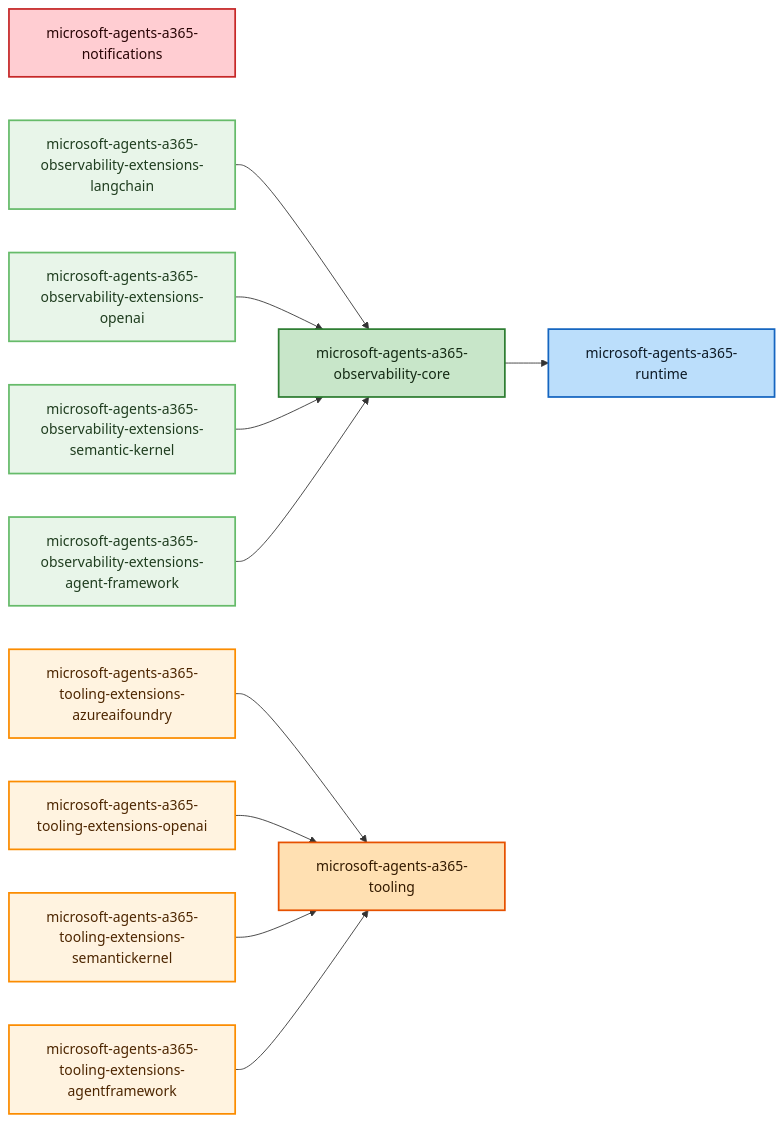
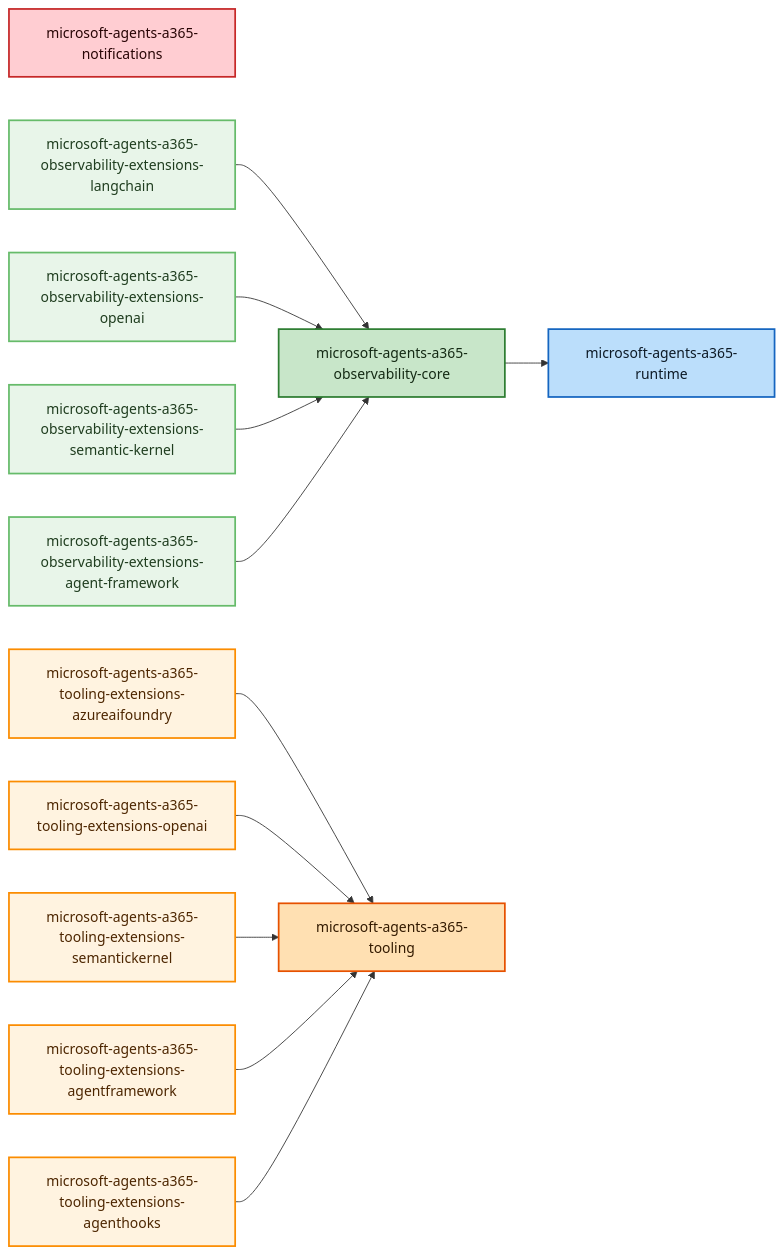
The diagram in DEPENDENCIES.md (microsoft/Agent365-python), drawn with Mermaid before and after one commit. The commit also changed 33 other files, not shown here.

````diff
--- a/DEPENDENCIES.md
+++ b/DEPENDENCIES.md
@@ -5,41 +5,43 @@
 ```mermaid
 graph LR
     %% Package Nodes
     microsoft_agents_a365_notifications["microsoft-agents-a365-notifications"]
     microsoft_agents_a365_observability_core["microsoft-agents-a365-observability-core"]
     microsoft_agents_a365_observability_extensions_langchain["microsoft-agents-a365-observability-extensions-langchain"]
     microsoft_agents_a365_observability_extensions_openai["microsoft-agents-a365-observability-extensions-openai"]
     microsoft_agents_a365_observability_extensions_semantic_kernel["microsoft-agents-a365-observability-extensions-semantic-kernel"]
     microsoft_agents_a365_observability_extensions_agent_framework["microsoft-agents-a365-observability-extensions-agent-framework"]
     microsoft_agents_a365_runtime["microsoft-agents-a365-runtime"]
     microsoft_agents_a365_tooling["microsoft-agents-a365-tooling"]
     microsoft_agents_a365_tooling_extensions_azureaifoundry["microsoft-agents-a365-tooling-extensions-azureaifoundry"]
     microsoft_agents_a365_tooling_extensions_openai["microsoft-agents-a365-tooling-extensions-openai"]
     microsoft_agents_a365_tooling_extensions_semantickernel["microsoft-agents-a365-tooling-extensions-semantickernel"]
     microsoft_agents_a365_tooling_extensions_agentframework["microsoft-agents-a365-tooling-extensions-agentframework"]
+    microsoft_agents_a365_tooling_extensions_agenthooks["microsoft-agents-a365-tooling-extensions-agenthooks"]
 
     %% Dependencies
     microsoft_agents_a365_observability_core --> microsoft_agents_a365_runtime
     microsoft_agents_a365_observability_extensions_langchain --> microsoft_agents_a365_observability_core
     microsoft_agents_a365_observability_extensions_openai --> microsoft_agents_a365_observability_core
     microsoft_agents_a365_observability_extensions_semantic_kernel --> microsoft_agents_a365_observability_core
     microsoft_agents_a365_observability_extensions_agent_framework --> microsoft_agents_a365_observability_core
     microsoft_agents_a365_tooling_extensions_azureaifoundry --> microsoft_agents_a365_tooling
     microsoft_agents_a365_tooling_extensions_openai --> microsoft_agents_a365_tooling
     microsoft_agents_a365_tooling_extensions_semantickernel --> microsoft_agents_a365_tooling
     microsoft_agents_a365_tooling_extensions_agentframework --> microsoft_agents_a365_tooling
+    microsoft_agents_a365_tooling_extensions_agenthooks --> microsoft_agents_a365_tooling
 
     %% Styling
     classDef notifications fill:#ffcdd2,stroke:#c62828,color:#280505,stroke-width:2px
     class microsoft_agents_a365_notifications notifications
     classDef runtime fill:#bbdefb,stroke:#1565c0,color:#0d1a26,stroke-width:2px
     class microsoft_agents_a365_runtime runtime
     classDef observability fill:#c8e6c9,stroke:#2e7d32,color:#142a14,stroke-width:2px
     class microsoft_agents_a365_observability_core observability
     classDef observability_extensions fill:#e8f5e9,stroke:#66bb6a,color:#1f3d1f,stroke-width:2px
     class microsoft_agents_a365_observability_extensions_langchain,microsoft_agents_a365_observability_extensions_openai,microsoft_agents_a365_observability_extensions_semantic_kernel,microsoft_agents_a365_observability_extensions_agent_framework observability_extensions
     classDef tooling fill:#ffe0b2,stroke:#e65100,color:#331a00,stroke-width:2px
     class microsoft_agents_a365_tooling tooling
     classDef tooling_extensions fill:#fff3e0,stroke:#fb8c00,color:#4d2600,stroke-width:2px
-    class microsoft_agents_a365_tooling_extensions_azureaifoundry,microsoft_agents_a365_tooling_extensions_openai,microsoft_agents_a365_tooling_extensions_semantickernel,microsoft_agents_a365_tooling_extensions_agentframework tooling_extensions
+    class microsoft_agents_a365_tooling_extensions_azureaifoundry,microsoft_agents_a365_tooling_extensions_openai,microsoft_agents_a365_tooling_extensions_semantickernel,microsoft_agents_a365_tooling_extensions_agentframework,microsoft_agents_a365_tooling_extensions_agenthooks tooling_extensions
 ```
````
